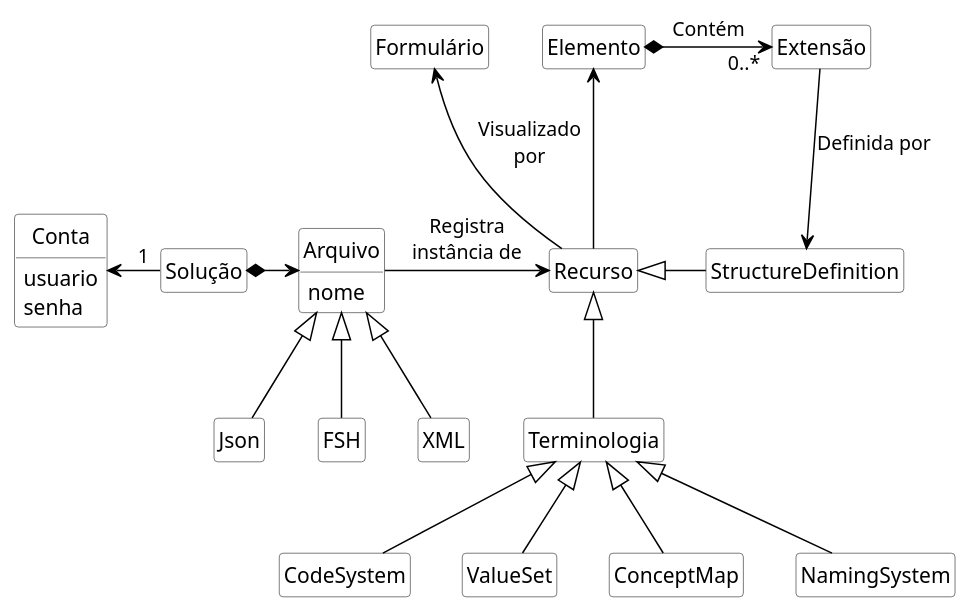
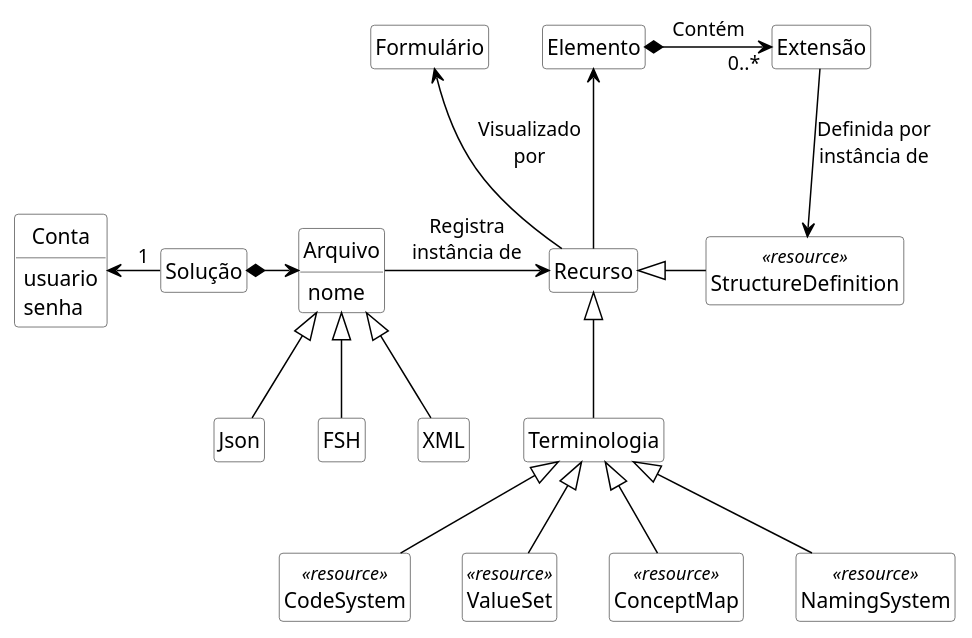
The diagram in diagramas/dominio.puml (rnds-tools/gui), drawn with PlantUML before and after one commit. The commit also changed 1 other file, not shown here.

```diff
--- a/diagramas/dominio.puml
+++ b/diagramas/dominio.puml
@@ -1,81 +1,81 @@
 @startuml dominio
 
 hide circle
 hide methods
 hide empty members
 
 skinparam class {
     BackgroundColor White
     ArrowColor Black
     BorderColor #505050
 }
 
 class Conta {
     usuario
     senha
 }
 
 class Solução {
 }
 
 class Arquivo {
     nome
 }
 
 class Json {
 }
 
 class FSH {
 }
 
 class XML {
 }
 
 class Recurso {
 }
 
 class Terminologia {
 }
 
-class CodeSystem {
+class CodeSystem <<resource>> {
 }
 
-class ValueSet {
+class ValueSet <<resource>> {
 }
 
-class ConceptMap {
+class ConceptMap <<resource>> {
 }
 
-class NamingSystem {
+class NamingSystem <<resource>> {
 }
 
-class StructureDefinition {
+class StructureDefinition <<resource>> {
 }
 
 class Elemento {}
 class Extensão {}
 
 Terminologia -up-|> Recurso
 StructureDefinition -left-|> Recurso
 
 CodeSystem -up-|> Terminologia
 ValueSet -up-|> Terminologia
 ConceptMap -up-|> Terminologia
 NamingSystem -up-|> Terminologia
 
 Arquivo -right-> Recurso : "Registra\ninstância de"
 Solução *-right-> Arquivo
 Solução "1" -left-> Conta
 
 XML -up-|> Arquivo
 Json -up-|> Arquivo
 FSH -up-|> Arquivo
 
 
 Recurso -up-> Elemento
 Recurso -up-> Formulário : Visualizado\npor
 Elemento *-right-> "0..*" Extensão : Contém
 
-Extensão -down-> StructureDefinition : Definida por
+Extensão -down-> StructureDefinition : Definida por\ninstância de
 
 @enduml
```
